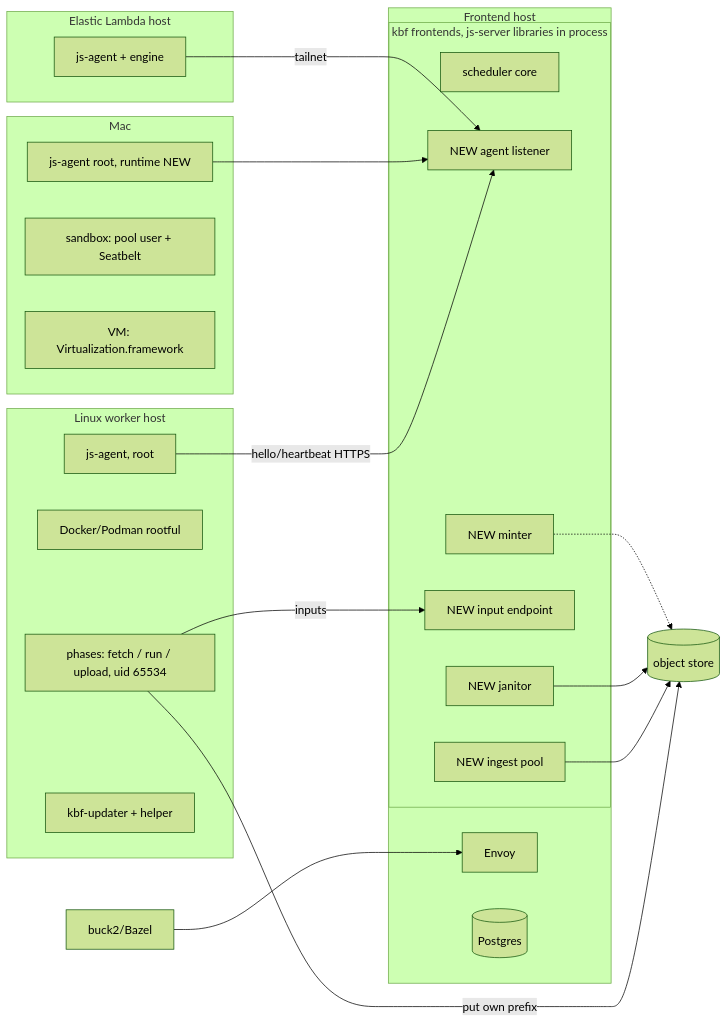
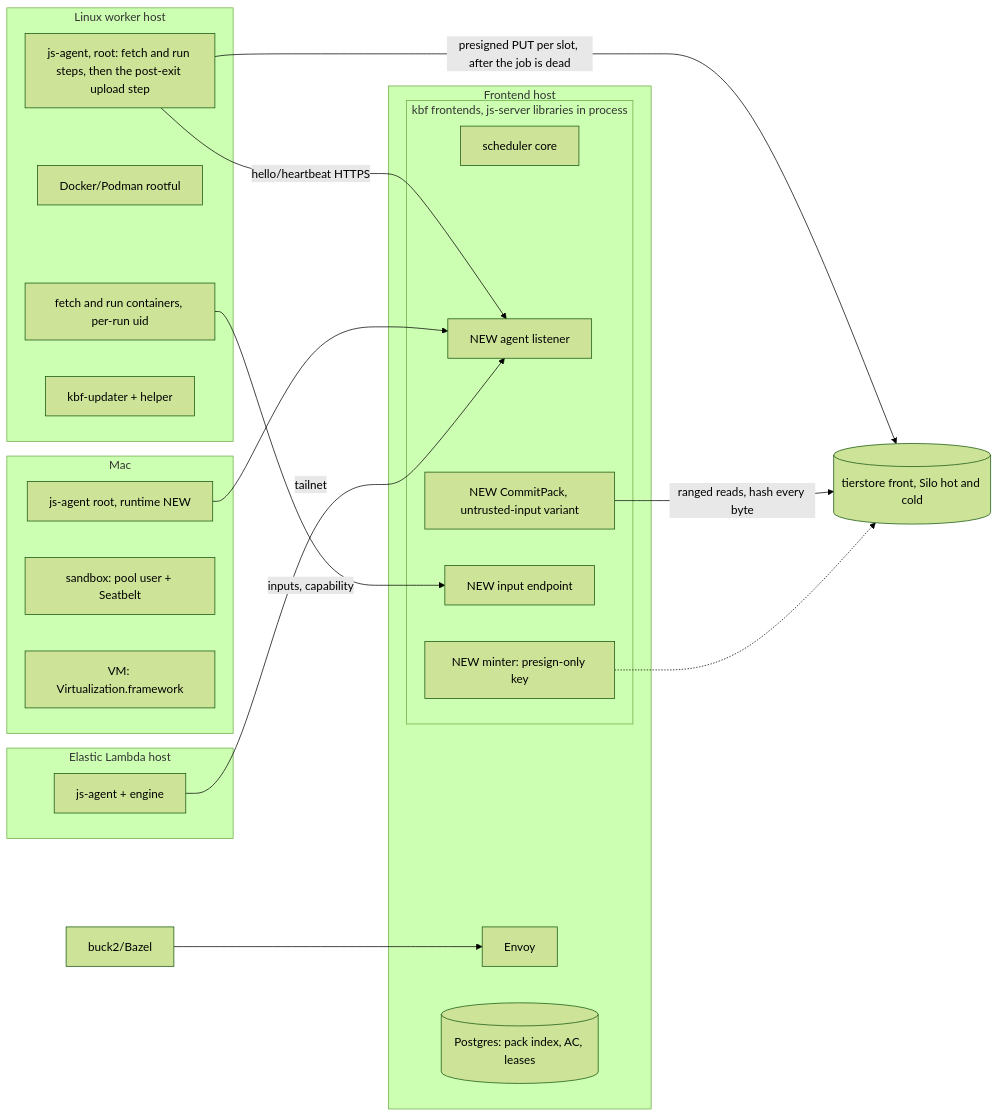
One commit to komira-ai/jobscheduler changed the second of 14 diagrams in docs/design/kbf-on-js-agent.md. Above: the diagram before and after it, drawn with Mermaid (forest theme). The commit also changed other lines of this file and 5 other files, not shown here.

````diff
--- a/docs/design/kbf-on-js-agent.md
+++ b/docs/design/kbf-on-js-agent.md
@@ -124,38 +132,36 @@
 ```mermaid
 flowchart LR
   client[buck2/Bazel] --> envoy
   subgraph FE[Frontend host]
     envoy[Envoy]
     subgraph FP[kbf frontends, js-server libraries in process]
       core[scheduler core]
       door[NEW agent listener]
-      mint[NEW minter]
+      mint[NEW minter: presign-only key]
       inp[NEW input endpoint]
-      ing[NEW ingest pool]
-      jan[NEW janitor]
+      cp[NEW CommitPack, untrusted-input variant]
     end
-    pg[(Postgres)]
+    pg[(Postgres: pack index, AC, leases)]
   end
   subgraph LW[Linux worker host]
-    ag[js-agent, root]
+    ag[js-agent, root: fetch and run steps, then the post-exit upload step]
     eng[Docker/Podman rootful]
-    task[phases: fetch / run / upload, uid 65534]
+    task[fetch and run containers, per-run uid]
     lupd[kbf-updater + helper]
   end
   subgraph MC[Mac]
     mag[js-agent root, runtime NEW]
     sb[sandbox: pool user + Seatbelt]
     vm[VM: Virtualization.framework]
   end
   subgraph EL[Elastic Lambda host]
     eag[js-agent + engine]
   end
   ag -- hello/heartbeat HTTPS --> door
   mag --> door
   eag -- tailnet --> door
-  task -- inputs --> inp
-  task -- put own prefix --> store[(object store)]
-  ing --> store
-  jan --> store
+  task -- inputs, capability --> inp
+  ag -- presigned PUT per slot, after the job is dead --> store[(tierstore front, Silo hot and cold)]
+  cp -- ranged reads, hash every byte --> store
   mint -.-> store
 ```
````
